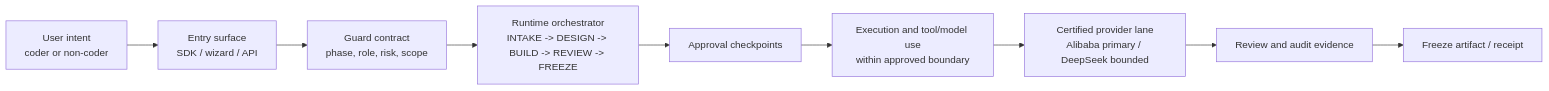
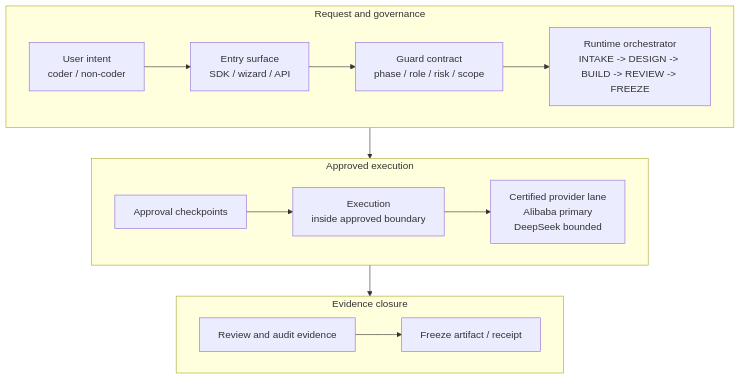
One commit to Blackbird081/Controlled-Vibe-Framework-CVF-Provenance changed the third of 4 diagrams in ARCHITECTURE.md. Above: the diagram before and after it, drawn with Mermaid. The commit also changed other lines of this file, not shown here.

Commit message:
docs: compact architecture flow diagrams

````diff
--- a/ARCHITECTURE.md
+++ b/ARCHITECTURE.md
@@ -122,21 +122,32 @@
 ```mermaid
-flowchart LR
-    INTENT["User intent<br/>coder or non-coder"]
-    ENTRY["Entry surface<br/>SDK / wizard / API"]
-    GUARDS["Guard contract<br/>phase, role, risk, scope"]
-    ORCH["Runtime orchestrator<br/>INTAKE -> DESIGN -> BUILD -> REVIEW -> FREEZE"]
-    APPROVAL["Approval checkpoints"]
-    EXEC["Execution and tool/model use<br/>within approved boundary"]
-    PROVIDER["Certified provider lane<br/>Alibaba primary / DeepSeek bounded"]
-    REVIEW["Review and audit evidence"]
-    FREEZE["Freeze artifact / receipt"]
+flowchart TB
+    subgraph REQUEST["Request and governance"]
+        direction LR
+        INTENT["User intent<br/>coder / non-coder"]
+        ENTRY["Entry surface<br/>SDK / wizard / API"]
+        GUARDS["Guard contract<br/>phase / role / risk / scope"]
+        ORCH["Runtime orchestrator<br/>INTAKE -> DESIGN -> BUILD -> REVIEW -> FREEZE"]
+    end
+
+    subgraph RUN["Approved execution"]
+        direction LR
+        APPROVAL["Approval checkpoints"]
+        EXEC["Execution<br/>inside approved boundary"]
+        PROVIDER["Certified provider lane<br/>Alibaba primary<br/>DeepSeek bounded"]
+    end
+
+    subgraph CLOSE["Evidence closure"]
+        direction LR
+        REVIEW["Review and audit evidence"]
+        FREEZE["Freeze artifact / receipt"]
+    end
 
     INTENT --> ENTRY
     ENTRY --> GUARDS
     GUARDS --> ORCH
     ORCH --> APPROVAL
     APPROVAL --> EXEC
     EXEC --> PROVIDER
     PROVIDER --> REVIEW
     REVIEW --> FREEZE
 ```
````
